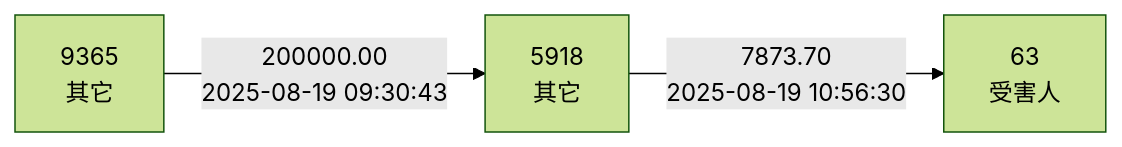
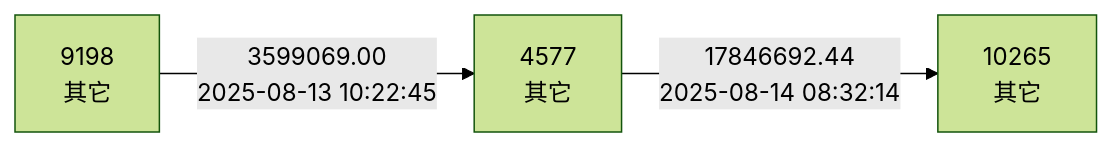
Before and after one commit to ooooorrange-ship-it/fintech-pipeline: diagram 12 of 17 in docs/task3_link_visualization_samples.md, drawn with Mermaid (forest theme). The commit also changed other lines of this file and 64 other files, not shown here.

````diff
--- a/docs/task3_link_visualization_samples.md
+++ b/docs/task3_link_visualization_samples.md
@@ -87,5 +95,5 @@
 ```mermaid
 flowchart LR
-  A["9365\n其它"] -->|"200000.00\n2025-08-19 09:30:43"| B["5918\n其它"]
-  B -->|"7873.70\n2025-08-19 10:56:30"| C["63\n受害人"]
+  A["9198\n其它"] -->|"3599069.00\n2025-08-13 10:22:45"| B["4577\n其它"]
+  B -->|"17846692.44\n2025-08-14 08:32:14"| C["10265\n其它"]
 ```
````
